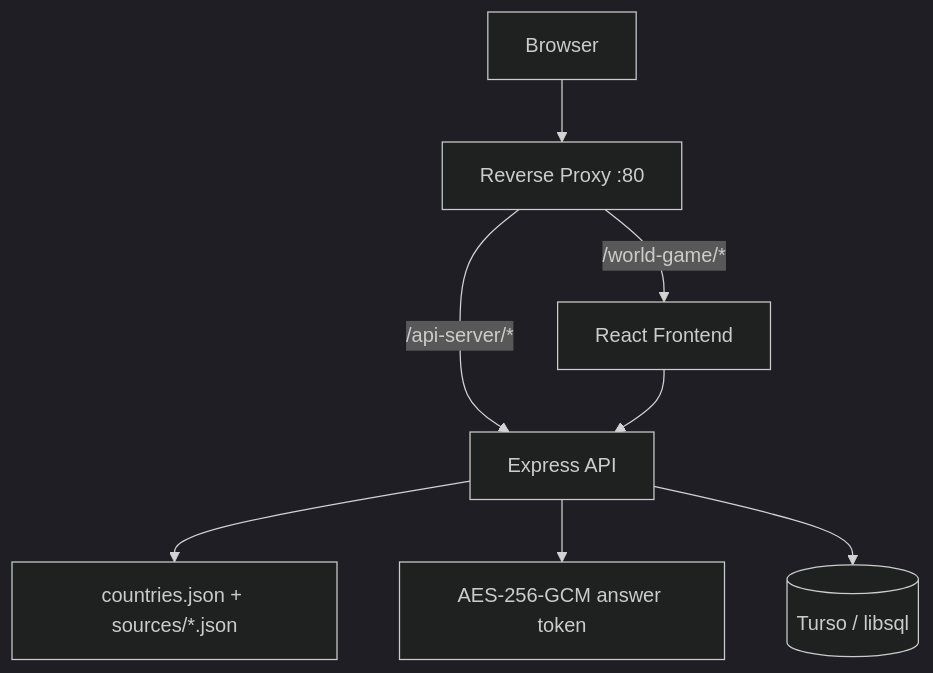
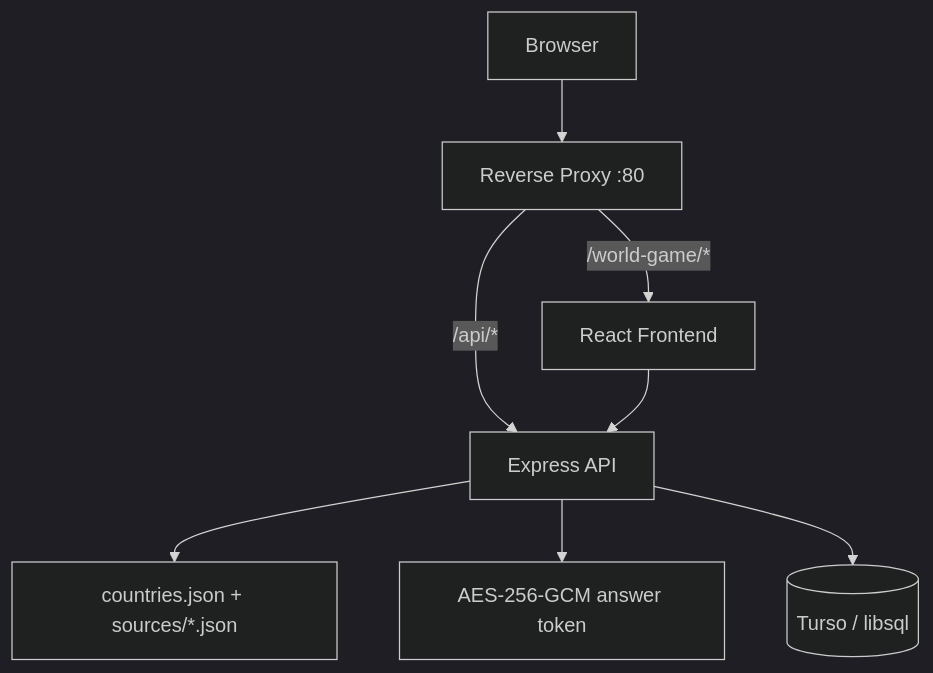
One commit to jadogeri/world-game changed the diagram in README.md. Above: the diagram before and after it, drawn with Mermaid (dark theme). The commit also changed other lines of this file, not shown here.

````diff
--- a/README.md
+++ b/README.md
@@ -160,10 +160,10 @@
 ```mermaid
 graph TD
   Client[Browser] --> Proxy[Reverse Proxy :80]
-  Proxy -->|/api-server/*| API[Express API]
+  Proxy -->|/api/*| API[Express API]
   Proxy -->|/world-game/*| FE[React Frontend]
   API --> Countries[countries.json + sources/*.json]
   API --> Token[AES-256-GCM answer token]
   API --> DB[(Turso / libsql)]
   FE --> API
 ```
````
